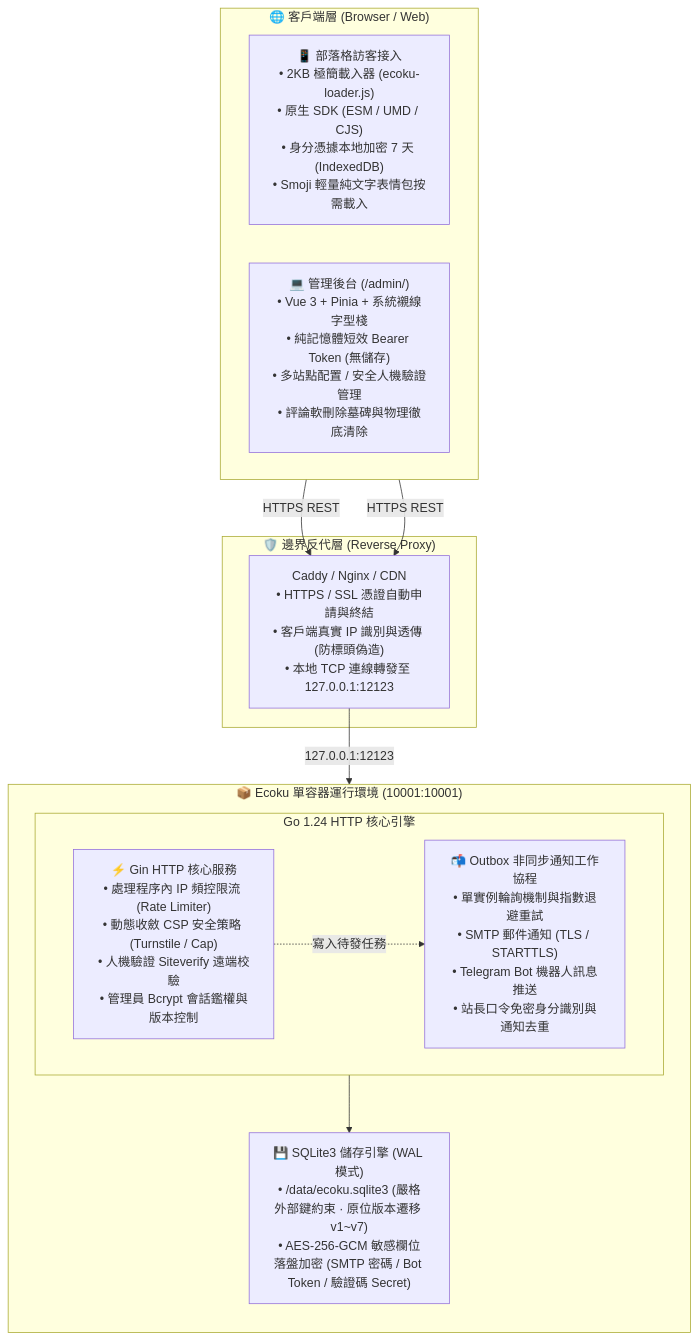
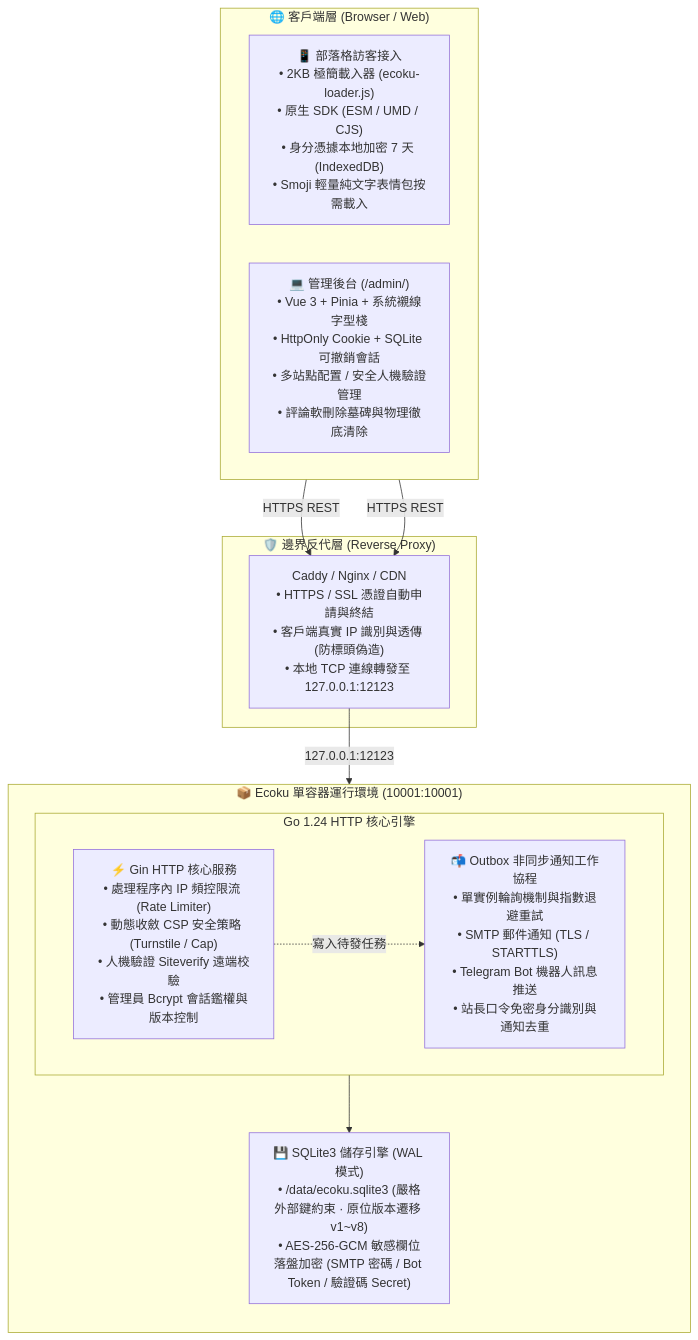
The diagram in docs/zh-hant/guide/introduction.md (DejavuMoe/Ecoku), drawn with Mermaid before and after one commit. The commit also changed other lines of this file and 76 other files, not shown here.

````diff
--- a/docs/zh-hant/guide/introduction.md
+++ b/docs/zh-hant/guide/introduction.md
@@ -21,28 +21,28 @@
 ```mermaid
 flowchart TD
     subgraph Client["🌐 客戶端層 (Browser / Web)"]
         direction LR
         Visitor["📱 部落格訪客接入<br/>• 2KB 極簡載入器 (ecoku-loader.js)<br/>• 原生 SDK (ESM / UMD / CJS)<br/>• 身分憑據本地加密 7 天 (IndexedDB)<br/>• Smoji 輕量純文字表情包按需載入"]
-        Admin["💻 管理後台 (/admin/)<br/>• Vue 3 + Pinia + 系統襯線字型棧<br/>• 純記憶體短效 Bearer Token (無儲存)<br/>• 多站點配置 / 安全人機驗證管理<br/>• 評論軟刪除墓碑與物理徹底清除"]
+        Admin["💻 管理後台 (/admin/)<br/>• Vue 3 + Pinia + 系統襯線字型棧<br/>• HttpOnly Cookie + SQLite 可撤銷會話<br/>• 多站點配置 / 安全人機驗證管理<br/>• 評論軟刪除墓碑與物理徹底清除"]
     end
 
     subgraph Edge["🛡️ 邊界反代層 (Reverse Proxy)"]
         Proxy["Caddy / Nginx / CDN<br/>• HTTPS / SSL 憑證自動申請與終結<br/>• 客戶端真實 IP 識別與透傳 (防標頭偽造)<br/>• 本地 TCP 連線轉發至 127.0.0.1:12123"]
     end
 
     subgraph Runtime["📦 Ecoku 單容器運行環境 (10001:10001)"]
         direction TB
         subgraph Core["Go 1.24 HTTP 核心引擎"]
             direction LR
             Engine["⚡ Gin HTTP 核心服務<br/>• 處理程序內 IP 頻控限流 (Rate Limiter)<br/>• 動態收斂 CSP 安全策略 (Turnstile / Cap)<br/>• 人機驗證 Siteverify 遠端校驗<br/>• 管理員 Bcrypt 會話鑑權與版本控制"]
             Outbox["📬 Outbox 非同步通知工作協程<br/>• 單實例輪詢機制與指數退避重試<br/>• SMTP 郵件通知 (TLS / STARTTLS)<br/>• Telegram Bot 機器人訊息推送<br/>• 站長口令免密身分識別與通知去重"]
         end
-        Storage["💾 SQLite3 儲存引擎 (WAL 模式)<br/>• /data/ecoku.sqlite3 (嚴格外部鍵約束 · 原位版本遷移 v1~v7)<br/>• AES-256-GCM 敏感欄位落盤加密 (SMTP 密碼 / Bot Token / 驗證碼 Secret)"]
+        Storage["💾 SQLite3 儲存引擎 (WAL 模式)<br/>• /data/ecoku.sqlite3 (嚴格外部鍵約束 · 原位版本遷移 v1~v8)<br/>• AES-256-GCM 敏感欄位落盤加密 (SMTP 密碼 / Bot Token / 驗證碼 Secret)"]
         Core --> Storage
     end
 
     Visitor -->|HTTPS REST| Proxy
     Admin -->|HTTPS REST| Proxy
     Proxy -->|127.0.0.1:12123| Engine
     Engine -.->|寫入待發任務| Outbox
 ```
````
